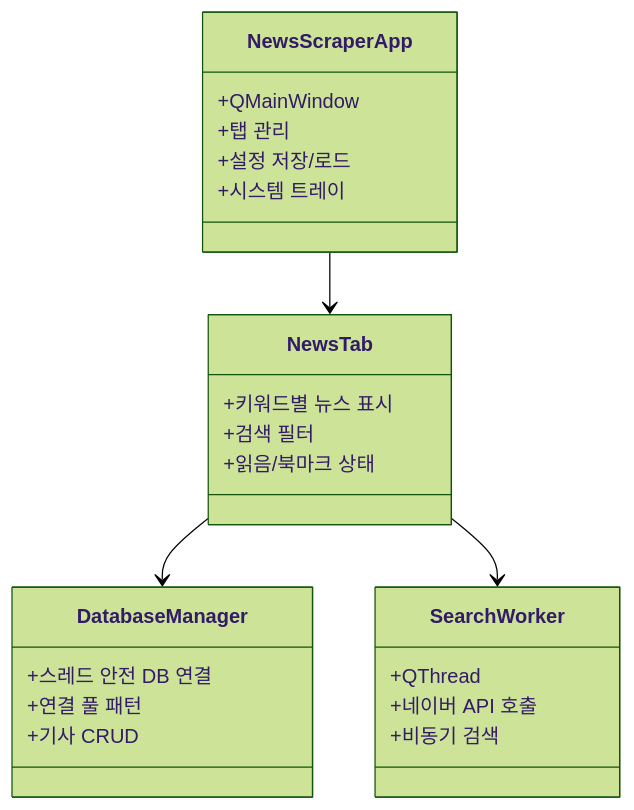
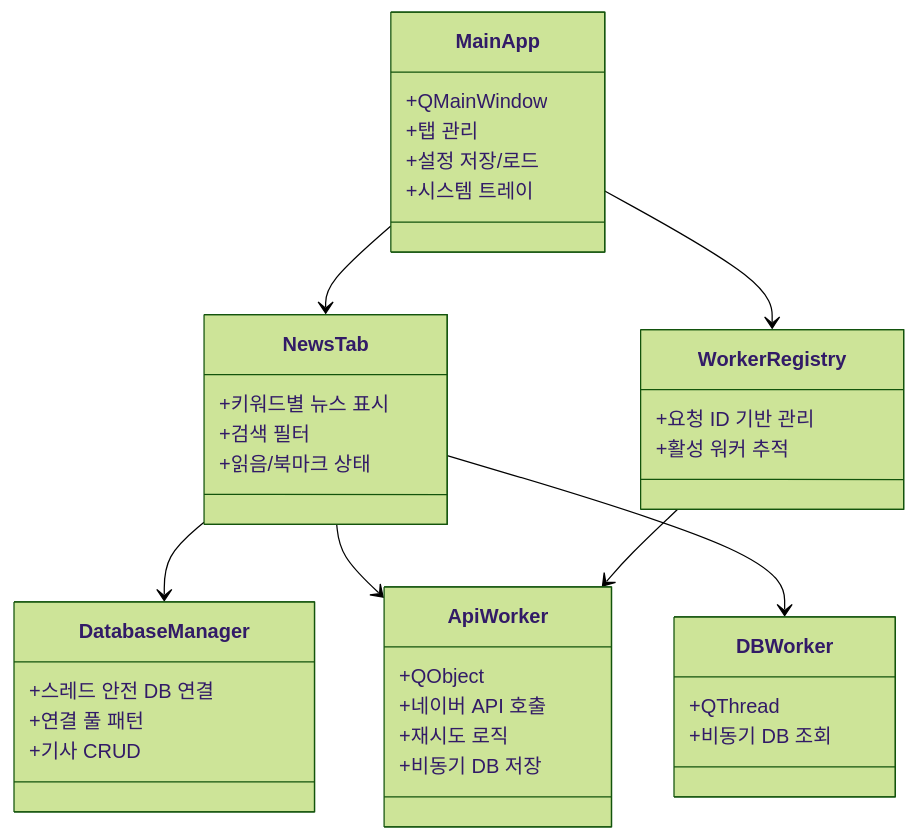
Before and after one commit to twbeatles/navernews-tabsearch: the diagram in gemini.md, drawn with Mermaid (forest theme). The commit also changed other lines of this file and 2 other files, not shown here.

````diff
--- a/gemini.md
+++ b/gemini.md
@@ -33,28 +68,40 @@
 ```mermaid
 classDiagram
-    class NewsScraperApp {
+    class MainApp {
         +QMainWindow
         +탭 관리
         +설정 저장/로드
         +시스템 트레이
     }
     class NewsTab {
         +키워드별 뉴스 표시
         +검색 필터
         +읽음/북마크 상태
     }
     class DatabaseManager {
         +스레드 안전 DB 연결
         +연결 풀 패턴
         +기사 CRUD
     }
-    class SearchWorker {
+    class ApiWorker {
+        +QObject
+        +네이버 API 호출
+        +재시도 로직
+        +비동기 DB 저장
+    }
+    class DBWorker {
         +QThread
-        +네이버 API 호출
-        +비동기 검색
+        +비동기 DB 조회
+    }
+    class WorkerRegistry {
+        +요청 ID 기반 관리
+        +활성 워커 추적
     }
     
-    NewsScraperApp --> NewsTab
+    MainApp --> NewsTab
+    MainApp --> WorkerRegistry
     NewsTab --> DatabaseManager
-    NewsTab --> SearchWorker
+    NewsTab --> ApiWorker
+    NewsTab --> DBWorker
+    WorkerRegistry --> ApiWorker
 ```
````
